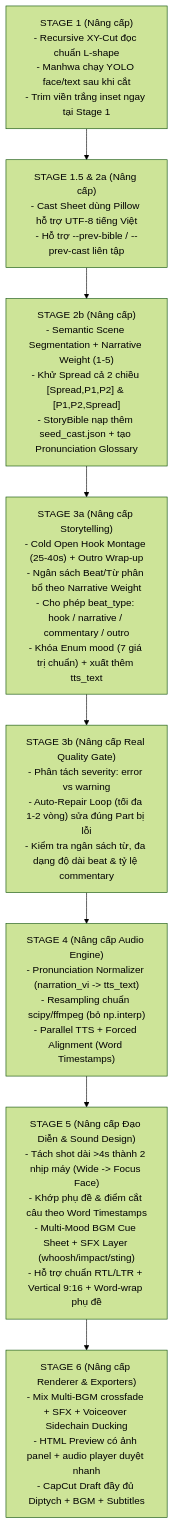
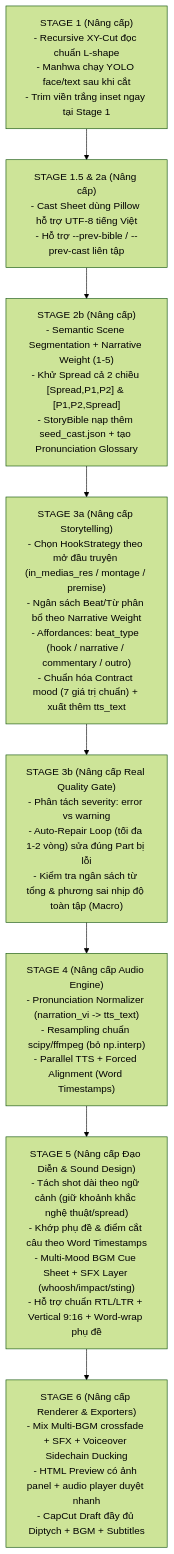
Before and after one commit to daominhwysi/manga-recap: the diagram in docs/ARCHITECTURE_REVIEW.md, drawn with Mermaid (forest theme). The commit also changed other lines of this file and 2 other files, not shown here.

Commit message:
docs: codify Invariants vs. Affordances principle in AGENTS.md and architecture docs

````diff
--- a/docs/ARCHITECTURE_REVIEW.md
+++ b/docs/ARCHITECTURE_REVIEW.md
@@ -167,11 +169,11 @@
 ```mermaid
 flowchart TD
     S1["STAGE 1 (Nâng cấp)\n- Recursive XY-Cut đọc chuẩn L-shape\n- Manhwa chạy YOLO face/text sau khi cắt\n- Trim viền trắng inset ngay tại Stage 1"] --> S2A
     S2A["STAGE 1.5 & 2a (Nâng cấp)\n- Cast Sheet dùng Pillow hỗ trợ UTF-8 tiếng Việt\n- Hỗ trợ --prev-bible / --prev-cast liên tập"] --> S2B
     S2B["STAGE 2b (Nâng cấp)\n- Semantic Scene Segmentation + Narrative Weight (1-5)\n- Khử Spread cả 2 chiều [Spread,P1,P2] & [P1,P2,Spread]\n- StoryBible nạp thêm seed_cast.json + tạo Pronunciation Glossary"] --> S3A
-    S3A["STAGE 3a (Nâng cấp Storytelling)\n- Cold Open Hook Montage (25-40s) + Outro Wrap-up\n- Ngân sách Beat/Từ phân bổ theo Narrative Weight\n- Cho phép beat_type: hook / narrative / commentary / outro\n- Khóa Enum mood (7 giá trị chuẩn) + xuất thêm tts_text"] --> S3B
-    S3B["STAGE 3b (Nâng cấp Real Quality Gate)\n- Phân tách severity: error vs warning\n- Auto-Repair Loop (tối đa 1-2 vòng) sửa đúng Part bị lỗi\n- Kiểm tra ngân sách từ, đa dạng độ dài beat & tỷ lệ commentary"] --> S4
+    S3A["STAGE 3a (Nâng cấp Storytelling)\n- Chọn HookStrategy theo mở đầu truyện (in_medias_res / montage / premise)\n- Ngân sách Beat/Từ phân bổ theo Narrative Weight\n- Affordances: beat_type (hook / narrative / commentary / outro)\n- Chuẩn hóa Contract mood (7 giá trị chuẩn) + xuất thêm tts_text"] --> S3B
+    S3B["STAGE 3b (Nâng cấp Real Quality Gate)\n- Phân tách severity: error vs warning\n- Auto-Repair Loop (tối đa 1-2 vòng) sửa đúng Part bị lỗi\n- Kiểm tra ngân sách từ tổng & phương sai nhịp độ toàn tập (Macro)"] --> S4
     S4["STAGE 4 (Nâng cấp Audio Engine)\n- Pronunciation Normalizer (narration_vi -> tts_text)\n- Resampling chuẩn scipy/ffmpeg (bỏ np.interp)\n- Parallel TTS + Forced Alignment (Word Timestamps)"] --> S5
-    S5["STAGE 5 (Nâng cấp Đạo Diễn & Sound Design)\n- Tách shot dài >4s thành 2 nhịp máy (Wide -> Focus Face)\n- Khớp phụ đề & điểm cắt câu theo Word Timestamps\n- Multi-Mood BGM Cue Sheet + SFX Layer (whoosh/impact/sting)\n- Hỗ trợ chuẩn RTL/LTR + Vertical 9:16 + Word-wrap phụ đề"] --> S6
+    S5["STAGE 5 (Nâng cấp Đạo Diễn & Sound Design)\n- Tách shot dài theo ngữ cảnh (giữ khoảnh khắc nghệ thuật/spread)\n- Khớp phụ đề & điểm cắt câu theo Word Timestamps\n- Multi-Mood BGM Cue Sheet + SFX Layer (whoosh/impact/sting)\n- Hỗ trợ chuẩn RTL/LTR + Vertical 9:16 + Word-wrap phụ đề"] --> S6
     S6["STAGE 6 (Nâng cấp Renderer & Exporters)\n- Mix Multi-BGM crossfade + SFX + Voiceover Sidechain Ducking\n- HTML Preview có ảnh panel + audio player duyệt nhanh\n- CapCut Draft đầy đủ Diptych + BGM + Subtitles"]
 ```
````
